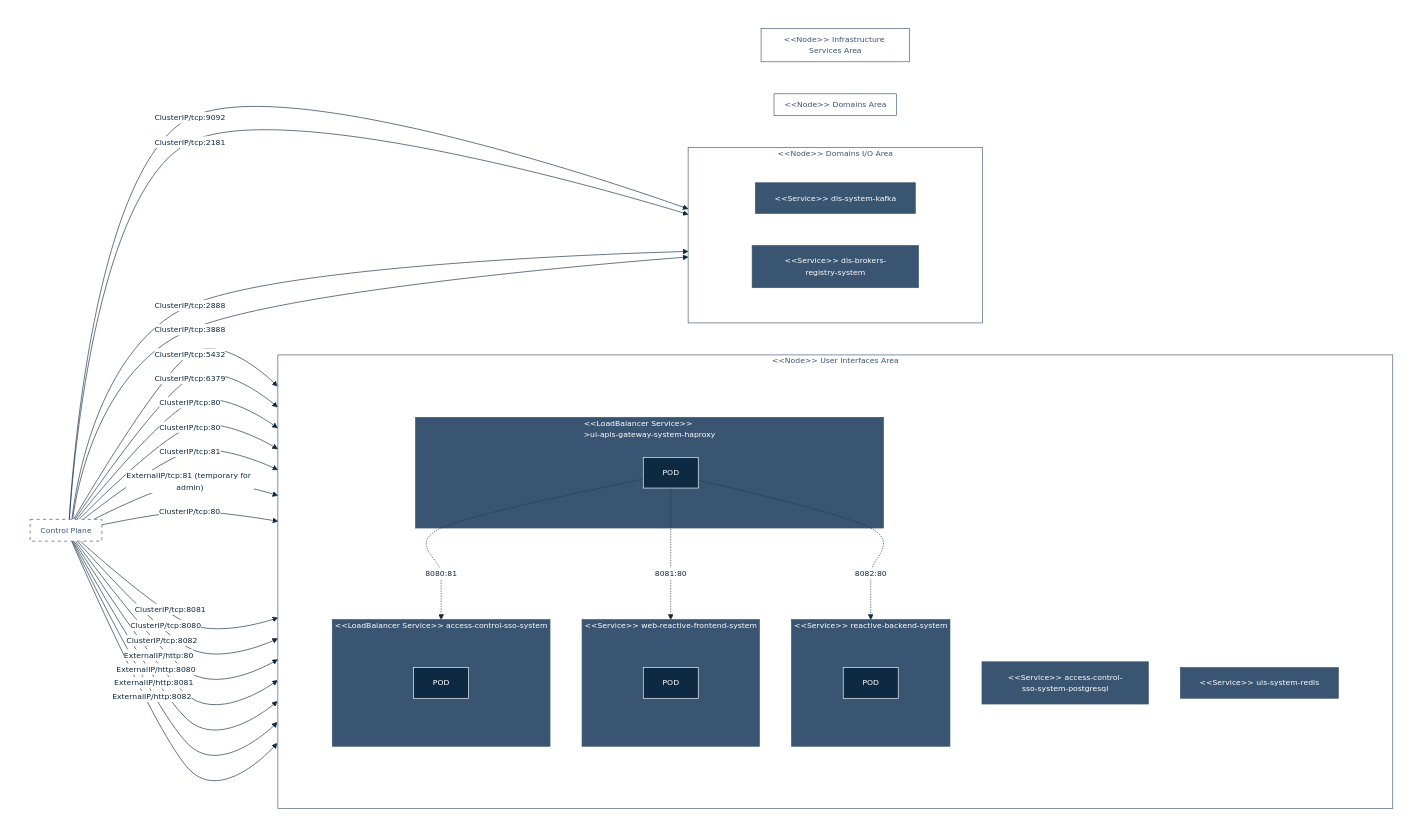
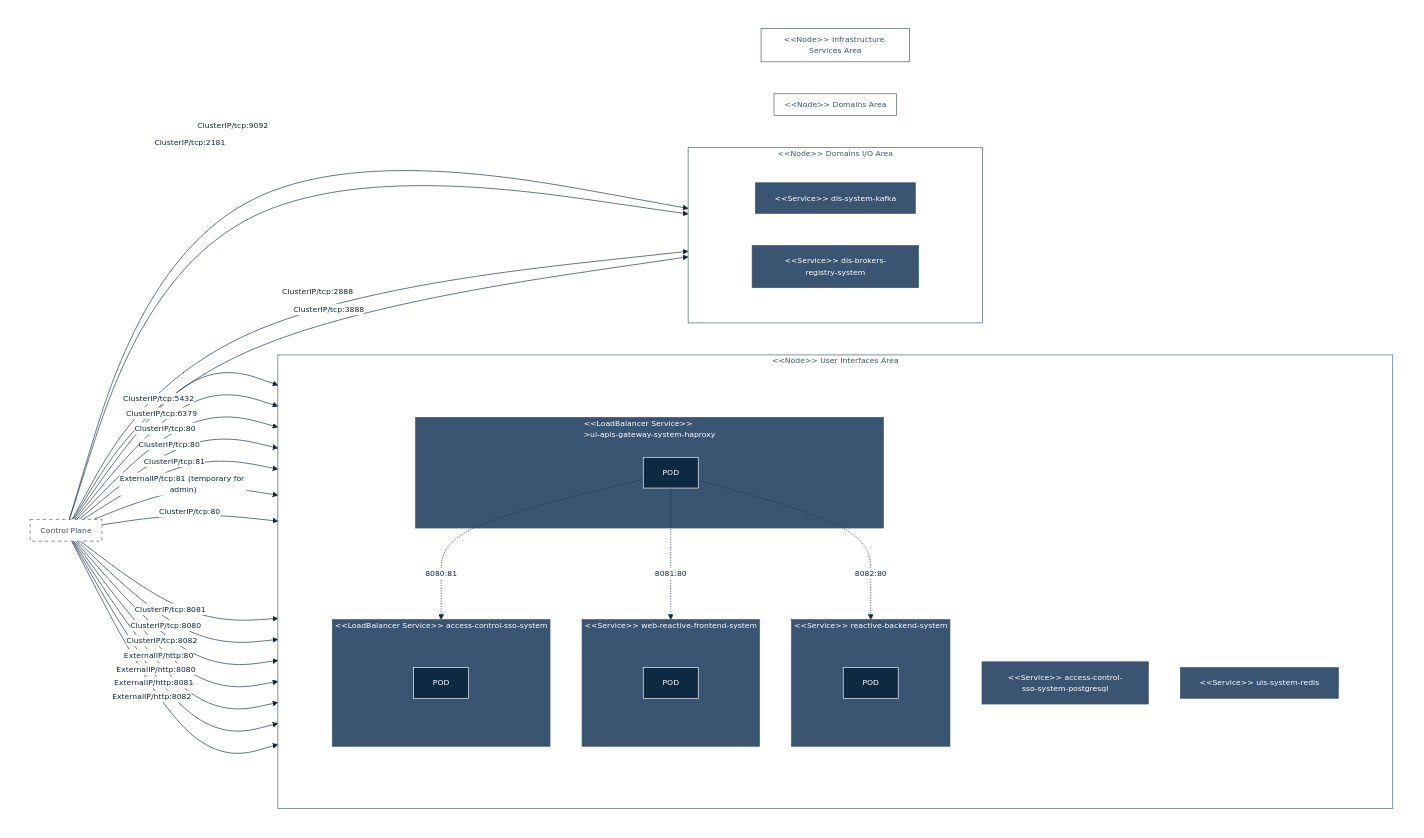
Before and after one commit to cybnity/foundation: the diagram in implementations-line/systems/README.md, drawn with Mermaid.

```diff
--- a/implementations-line/systems/README.md
+++ b/implementations-line/systems/README.md
@@ -95,7 +95,7 @@
         'noteTextColor': '#fff',
         'noteBorderColor': '#fff'
     },
-    'flowchart': { 'curve': 'cardinal' }
+    'flowchart': { 'curve': 'basis' }
   }
 }%%
 flowchart LR
```
